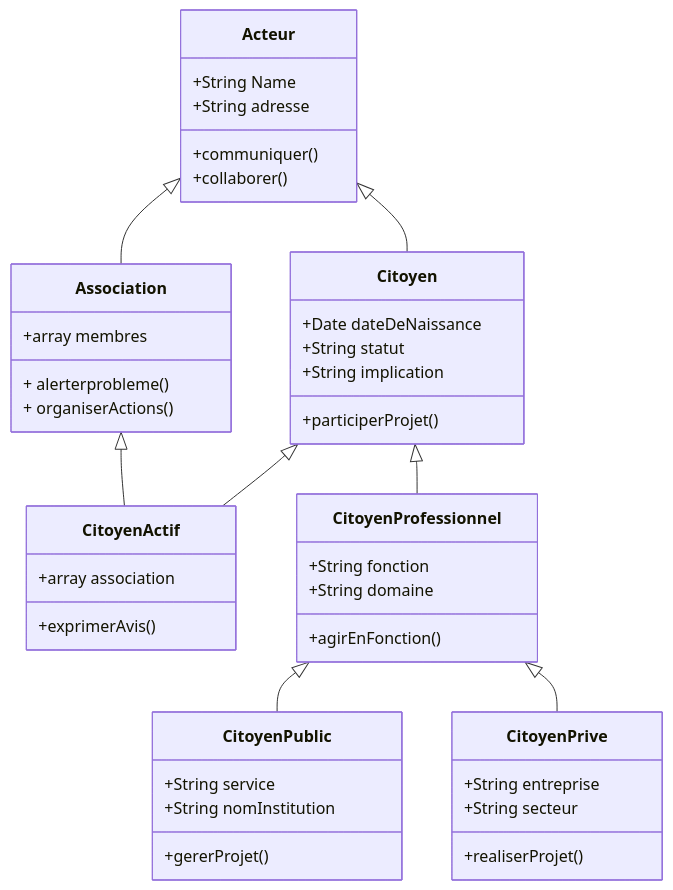
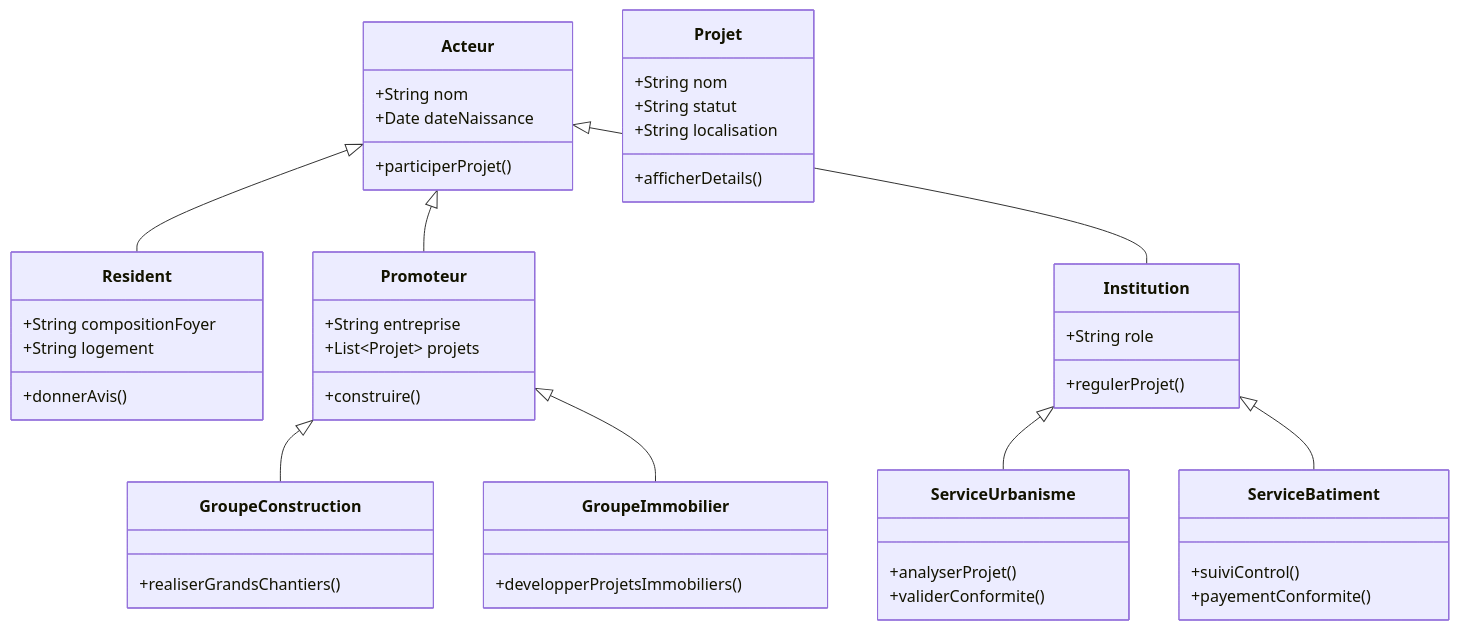
Before and after one commit to kahiarchi/plaine---saint--Denis---batiment-: the diagram in acteurskahiachi3.md, drawn with Mermaid.

````diff
--- a/acteurskahiachi3.md
+++ b/acteurskahiachi3.md
@@ -1,54 +1,60 @@
 ```mermaid
 classDiagram
-     
-   Acteur <|-- Association
-    Acteur <|-- Citoyen
-     Association <|-- CitoyenActif
-    Citoyen <|-- CitoyenActif
-    Citoyen <|-- CitoyenProfessionnel
-    CitoyenProfessionnel <|-- CitoyenPublic
-    CitoyenProfessionnel <|-- CitoyenPrive
+    class Acteur {
+        +String nom
+        +Date dateNaissance
+        +participerProjet()
+    }
 
+    class Resident {
+        +String compositionFoyer
+        +String logement
+        +donnerAvis()
+    }
 
-    Acteur : +String Name
-    Acteur : +String adresse
-    Acteur: +communiquer()
-    Acteur: +collaborer()
+    class Promoteur {
+        +String entreprise
+        +List~Projet~ projets
+        +construire()
+    }
 
+    class GroupeConstruction {
+        +realiserGrandsChantiers()
+    }
 
-  class Citoyen {
-     +Date   dateDeNaissance
-     +String statut 
-     +String implication
-     +participerProjet()
-  }
+    class GroupeImmobilier {
+        +developperProjetsImmobiliers()
+    }
 
-   class Association{
+    class Institution {
+        +String role
+        +regulerProjet()
+    }
 
-    +array membres 
-    + alerterprobleme()
-    + organiserActions()
+    class ServiceUrbanisme {
+        +analyserProjet()
+        +validerConformite()
     }
-  class CitoyenActif {
-     +array association
-     +exprimerAvis()
-  }
 
-  class CitoyenProfessionnel {
-     +String fonction
-     +String domaine
-     +agirEnFonction()
-  }
+    class ServiceBatiment {
+        +suiviControl()
+        +payementConformite()
+    }
 
-  class CitoyenPublic {
-     +String service
-     +String nomInstitution
-     +gererProjet()
-  }
+    class Projet {
+        +String nom
+        +String statut
+        +String localisation
+        +afficherDetails()
+    }
 
-  class CitoyenPrive {
-     +String entreprise
-     +String secteur
-     +realiserProjet()
-  }
+  
+    Acteur <|-- Resident
+    Acteur <|-- Promoteur
+    Acteur <|-- Institution
+    Promoteur <|-- GroupeConstruction
+    Promoteur <|-- GroupeImmobilier
+    Institution <|-- ServiceUrbanisme
+    Institution <|-- ServiceBatiment
+
 ```
````
